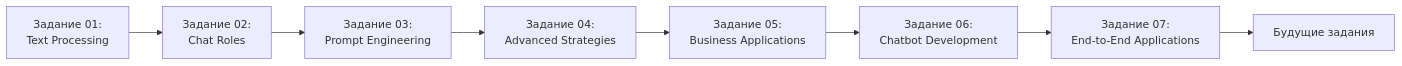
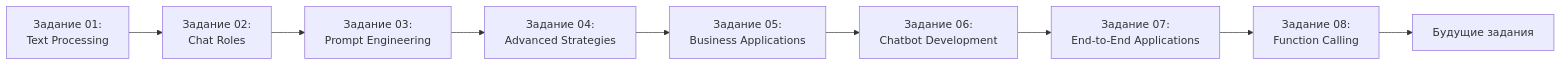
The diagram in Exercises/README.md (artipy/ai_knowledge_db_and_projects), drawn with Mermaid before and after one commit. The commit also changed other lines of this file and 5 other files, not shown here.

First line of the commit message:
feat: Add Function Calling note and exercise 08

````diff
--- a/Exercises/README.md
+++ b/Exercises/README.md
@@ -204,10 +225,11 @@
 ```mermaid
 graph LR
     A[Задание 01:<br/>Text Processing] --> B[Задание 02:<br/>Chat Roles]
     B --> C[Задание 03:<br/>Prompt Engineering]
     C --> D[Задание 04:<br/>Advanced Strategies]
     D --> E[Задание 05:<br/>Business Applications]
     E --> F[Задание 06:<br/>Chatbot Development]
     F --> G[Задание 07:<br/>End-to-End Applications]
-    G --> H[Будущие задания]
+    G --> H[Задание 08:<br/>Function Calling]
+    H --> I[Будущие задания]
 ```
````
